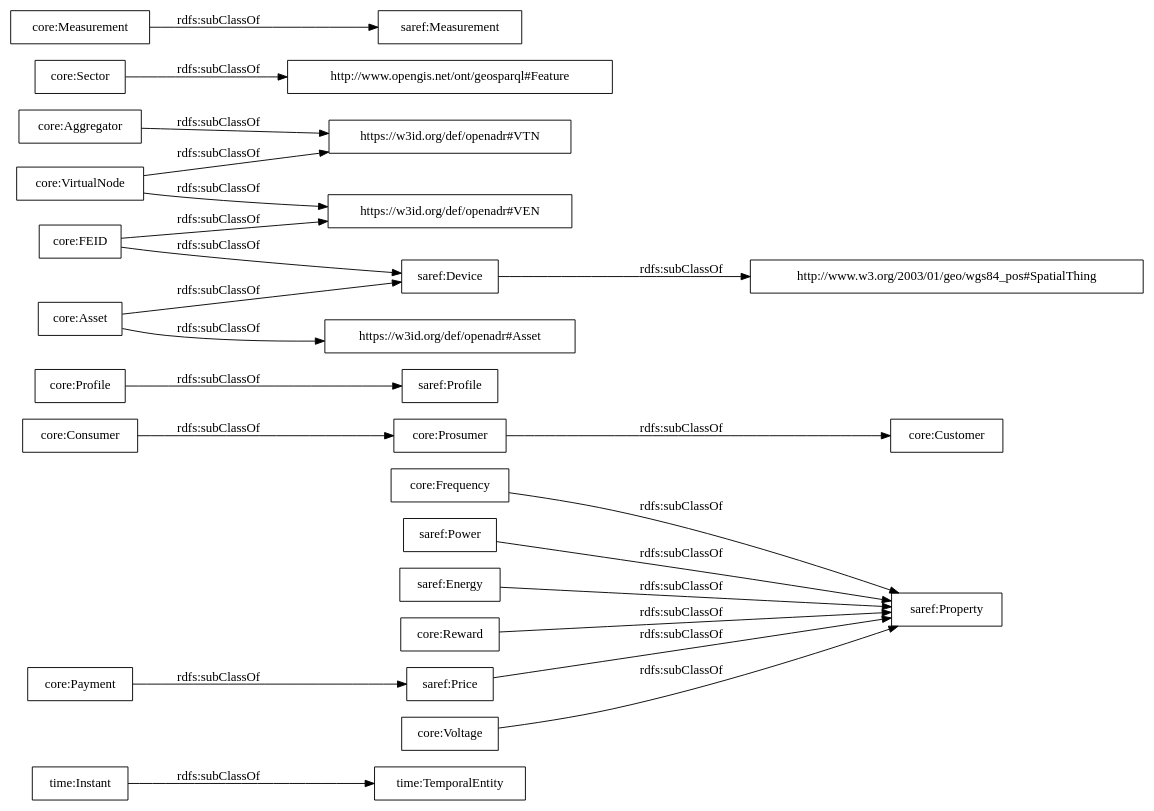
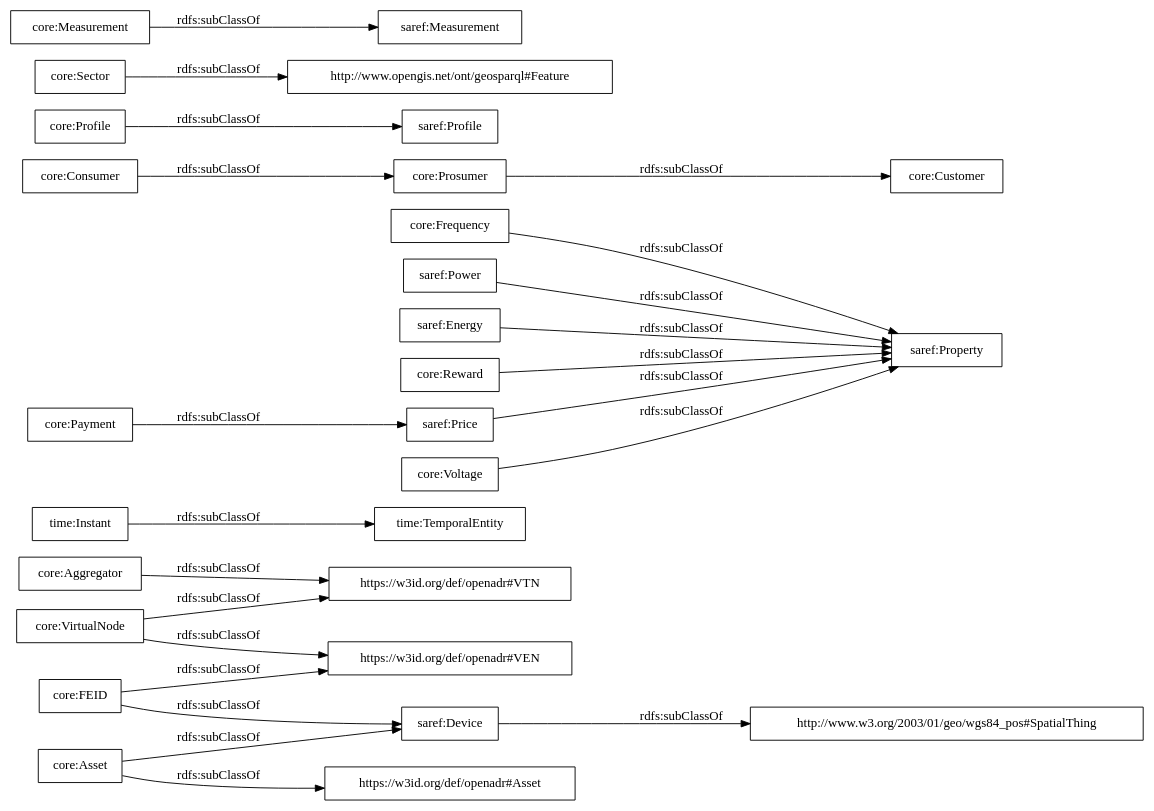
The diagram in OnToology/ontology/delta.ttl/diagrams/ar2dtool-taxonomy/delta.ttl.png.dot (oeg-upm/delta-ontology), drawn with Graphviz before and after one commit. The commit also changed 11 other files, not shown here.

```diff
--- a/OnToology/ontology/delta.ttl/diagrams/ar2dtool-taxonomy/delta.ttl.png.dot
+++ b/OnToology/ontology/delta.ttl/diagrams/ar2dtool-taxonomy/delta.ttl.png.dot
@@ -1,27 +1,27 @@
 digraph ar2dtool_diagram { 
 rankdir=LR;
 size="1000"
-node [shape = rectangle, color="black"]; "time:Instant" "core:Frequency" "core:Customer" "saref:Profile" "core:VirtualNode" "saref:Power" "core:Sector" "saref:Energy" "saref:Device" "core:Consumer" "core:Aggregator" "core:Measurement" "http://www.w3.org/2003/01/geo/wgs84_pos#SpatialThing" "core:Prosumer" "saref:Measurement" "core:Reward" "time:TemporalEntity" "saref:Price" "core:Asset" "http://www.opengis.net/ont/geosparql#Feature" "core:Voltage" "saref:Property" "core:Profile" "core:FEID" "core:Payment" ; /*classes style*/
+node [shape = rectangle, color="black"]; "https://w3id.org/def/openadr#VEN" "time:Instant" "core:Frequency" "core:Customer" "saref:Profile" "core:VirtualNode" "saref:Power" "core:Sector" "saref:Energy" "https://w3id.org/def/openadr#VTN" "saref:Device" "core:Consumer" "core:Aggregator" "core:Measurement" "http://www.w3.org/2003/01/geo/wgs84_pos#SpatialThing" "core:Prosumer" "https://w3id.org/def/openadr#Asset" "saref:Measurement" "core:Reward" "time:TemporalEntity" "saref:Price" "core:Asset" "http://www.opengis.net/ont/geosparql#Feature" "core:Voltage" "saref:Property" "core:Profile" "core:FEID" "core:Payment" ; /*classes style*/
 	"saref:Price" -> "saref:Property" [ label = "rdfs:subClassOf" ];
 	"core:Payment" -> "saref:Price" [ label = "rdfs:subClassOf" ];
 	"core:Measurement" -> "saref:Measurement" [ label = "rdfs:subClassOf" ];
 	"core:VirtualNode" -> "https://w3id.org/def/openadr#VTN" [ label = "rdfs:subClassOf" ];
 	"core:VirtualNode" -> "https://w3id.org/def/openadr#VEN" [ label = "rdfs:subClassOf" ];
 	"core:Voltage" -> "saref:Property" [ label = "rdfs:subClassOf" ];
 	"core:Sector" -> "http://www.opengis.net/ont/geosparql#Feature" [ label = "rdfs:subClassOf" ];
 	"core:Aggregator" -> "https://w3id.org/def/openadr#VTN" [ label = "rdfs:subClassOf" ];
 	"core:FEID" -> "saref:Device" [ label = "rdfs:subClassOf" ];
 	"core:FEID" -> "https://w3id.org/def/openadr#VEN" [ label = "rdfs:subClassOf" ];
 	"core:Asset" -> "saref:Device" [ label = "rdfs:subClassOf" ];
 	"core:Asset" -> "https://w3id.org/def/openadr#Asset" [ label = "rdfs:subClassOf" ];
 	"core:Prosumer" -> "core:Customer" [ label = "rdfs:subClassOf" ];
 	"core:Frequency" -> "saref:Property" [ label = "rdfs:subClassOf" ];
 	"time:Instant" -> "time:TemporalEntity" [ label = "rdfs:subClassOf" ];
 	"core:Profile" -> "saref:Profile" [ label = "rdfs:subClassOf" ];
 	"saref:Power" -> "saref:Property" [ label = "rdfs:subClassOf" ];
 	"saref:Energy" -> "saref:Property" [ label = "rdfs:subClassOf" ];
 	"core:Consumer" -> "core:Prosumer" [ label = "rdfs:subClassOf" ];
 	"core:Reward" -> "saref:Property" [ label = "rdfs:subClassOf" ];
 	"saref:Device" -> "http://www.w3.org/2003/01/geo/wgs84_pos#SpatialThing" [ label = "rdfs:subClassOf" ];
 
 }
```
